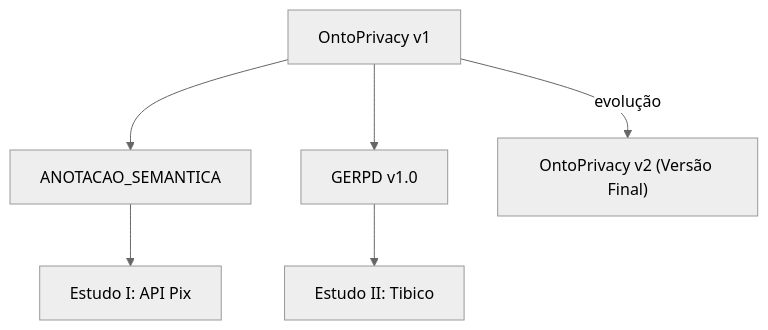
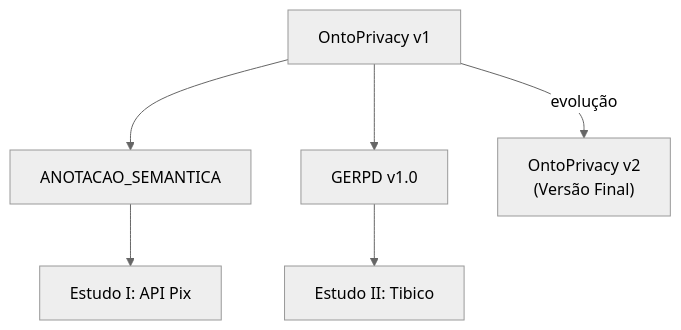
One commit to TNK443/Dissertacao changed the third of 3 diagrams in ONTOPRIVACY/README.md. Above: the diagram before and after it, drawn with Mermaid (neutral theme). The commit also changed other lines of this file, not shown here.

````diff
--- a/ONTOPRIVACY/README.md
+++ b/ONTOPRIVACY/README.md
@@ -267,8 +265,8 @@
 ```mermaid
 flowchart TD
     V1["OntoPrivacy v1"] --> AS["ANOTACAO_SEMANTICA"]
     V1 --> GERPD["GERPD v1.0"]
     AS --> EI["Estudo I: API Pix"]
     GERPD --> EII["Estudo II: Tibico"]
-    V1 -->|evolução| V2["OntoPrivacy v2 (Versão Final)"]
+    V1 -->|evolução| V2["OntoPrivacy v2\n(Versão Final)"]
 ```
````
